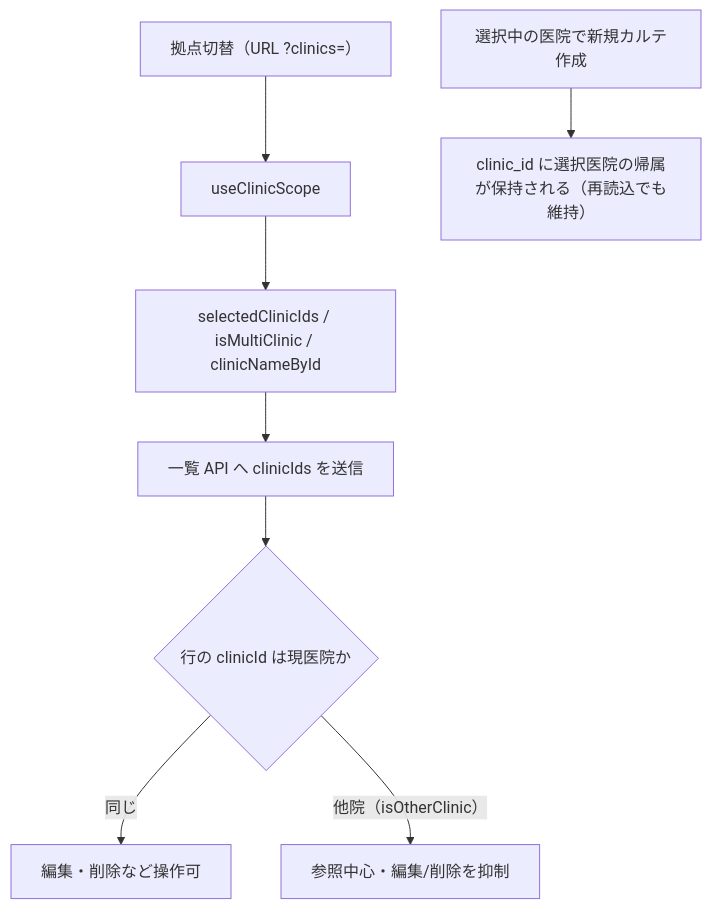
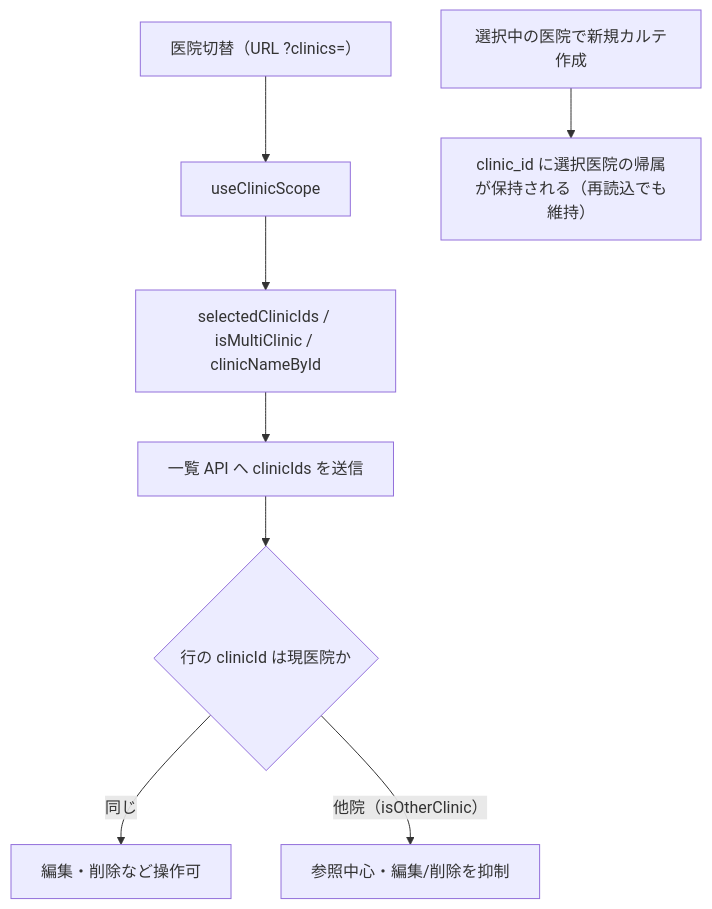
The diagram in docs/ops/testing/scenarios/S23-multi-clinic-scope.md (MinoruSoga/AnimalEkarte), drawn with Mermaid before and after one commit. The commit also changed other lines of this file and 276 other files, not shown here.

````diff
--- a/docs/ops/testing/scenarios/S23-multi-clinic-scope.md
+++ b/docs/ops/testing/scenarios/S23-multi-clinic-scope.md
@@ -29,10 +29,10 @@
 ```mermaid
 flowchart TB
-    U["拠点切替（URL ?clinics=）"] --> H["useClinicScope"]
+    U["医院切替（URL ?clinics=）"] --> H["useClinicScope"]
     H --> S["selectedClinicIds / isMultiClinic / clinicNameById"]
     S --> Q["一覧 API へ clinicIds を送信"]
     Q --> ROW{"行の clinicId は現医院か"}
     ROW -->|"同じ"| EDIT["編集・削除など操作可"]
     ROW -->|"他院（isOtherClinic）"| VIEW["参照中心・編集/削除を抑制"]
     NEW["選択中の医院で新規カルテ作成"] --> KEEP["clinic_id に選択医院の帰属が保持される（再読込でも維持）"]
 ```
````
